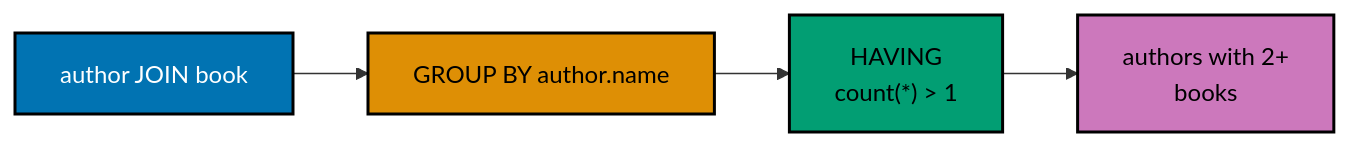
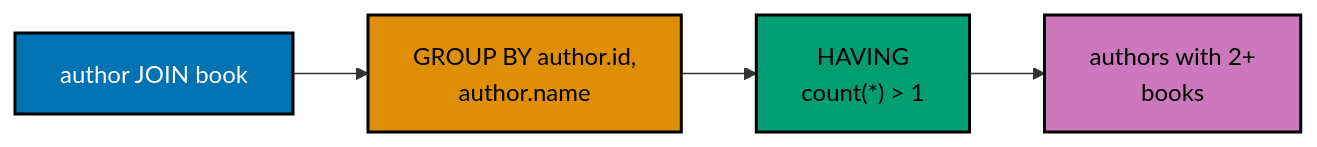
Before and after one commit to wahidyankf/ose-public: diagram 12 of 12 in apps/ayokoding-www/content/en/learn/courses/sql-essentials/learning/advanced.md, drawn with Mermaid. The commit also changed other lines of this file and 29 other files, not shown here.

````diff
--- a/apps/ayokoding-www/content/en/learn/courses/sql-essentials/learning/advanced.md
+++ b/apps/ayokoding-www/content/en/learn/courses/sql-essentials/learning/advanced.md
@@ -1795,17 +1816,17 @@
 ```mermaid
 %% Color Palette: Blue #0173B2, Orange #DE8F05, Teal #029E73, Purple #CC78BC -- color-blind friendly, WCAG AA
 flowchart LR
     accTitle: Example 79: Join, Group, and Having Report
-    accDescr: Flowchart with 4 nodes and 3 connections. Nodes: author JOIN book, GROUP BY author.name, HAVING count(*) > 1, authors with 2+ books. Connections: author JOIN book to GROUP BY author.name, GROUP BY author.name to HAVING count(*) > 1, HAVING count(*) > 1 to authors with 2+ books.
+    accDescr: Flowchart with 4 nodes and 3 connections. Nodes: author JOIN book, GROUP BY author.id and author.name, HAVING count(*) > 1, authors with 2+ books. Connections: author JOIN book to GROUP BY author.id and author.name, GROUP BY author.id and author.name to HAVING count(*) > 1, HAVING count(*) > 1 to authors with 2+ books.
     A["author JOIN book"]:::blue
-    B["GROUP BY author.name"]:::orange
+    B["GROUP BY author.id,<br/>author.name"]:::orange
     C["HAVING<br/>count#40;*#41; > 1"]:::teal
     D["authors with 2+<br/>books"]:::purple
     A --> B --> C --> D
 
     classDef blue fill:#0173B2,stroke:#000000,color:#FFFFFF,stroke-width:2px
     classDef orange fill:#DE8F05,stroke:#000000,color:#000000,stroke-width:2px
     classDef teal fill:#029E73,stroke:#000000,color:#000000,stroke-width:2px
     classDef purple fill:#CC78BC,stroke:#000000,color:#000000,stroke-width:2px
     classDef default fill:#FFFFFF,stroke:#000000,color:#000000
 ```
````
